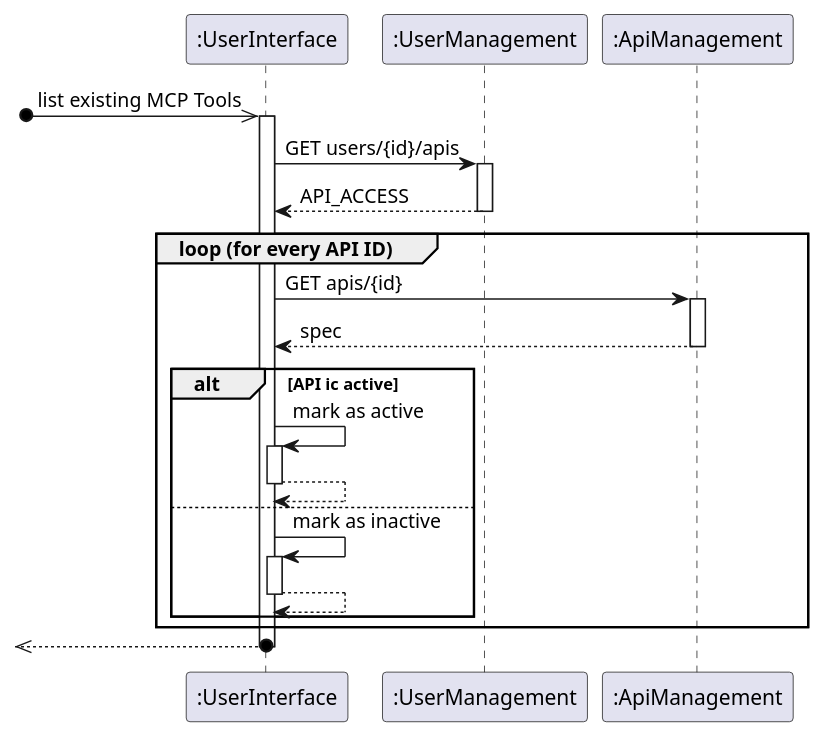
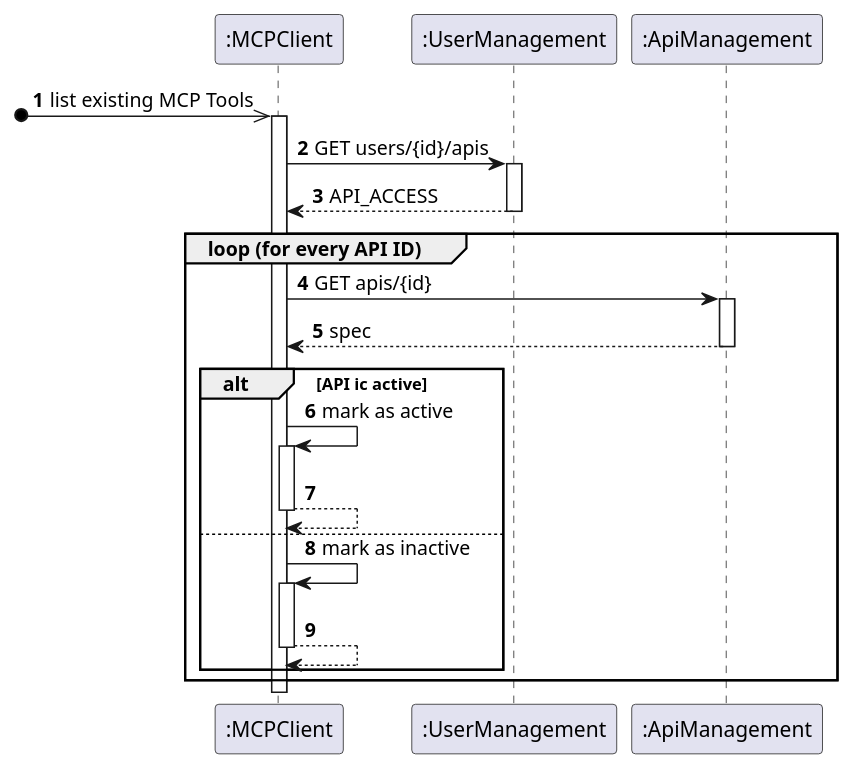
Before and after one commit to GroMoKoSo/GroMoKoSo-Meta: the diagram in docs/diagrams/runtime/list_existing_tools.puml, drawn with PlantUML. The commit also changed 2 other files, not shown here.

Commit message:
docs: add list existing mcp tools sequence diagram

```diff
--- a/docs/diagrams/runtime/list_existing_tools.puml
+++ b/docs/diagrams/runtime/list_existing_tools.puml
@@ -1,30 +1,29 @@
 @startuml
-participant UI as ":UserInterface"
+participant McpClient as ":MCPClient"
 participant UserManagement as ":UserManagement"
 participant ApiManagement as ":ApiManagement"
+autonumber
 
-[o->> UI: list existing MCP Tools
-activate UI
-UI -> UserManagement: GET users/{id}/apis
+[o->> McpClient: list existing MCP Tools
+activate McpClient
+McpClient -> UserManagement: GET users/{id}/apis
 activate UserManagement
 return API_ACCESS
 
 group loop (for every API ID)
-UI -> ApiManagement: GET apis/{id}
+McpClient -> ApiManagement: GET apis/{id}
 activate ApiManagement
 return spec
 
 alt API ic active
-UI -> UI: mark as active
-activate UI
+McpClient -> McpClient: mark as active
+activate McpClient
 return
 else
-UI -> UI: mark as inactive
-activate UI
+McpClient -> McpClient: mark as inactive
+activate McpClient
 return
 end
 
 end
-
-return
 @enduml
```
